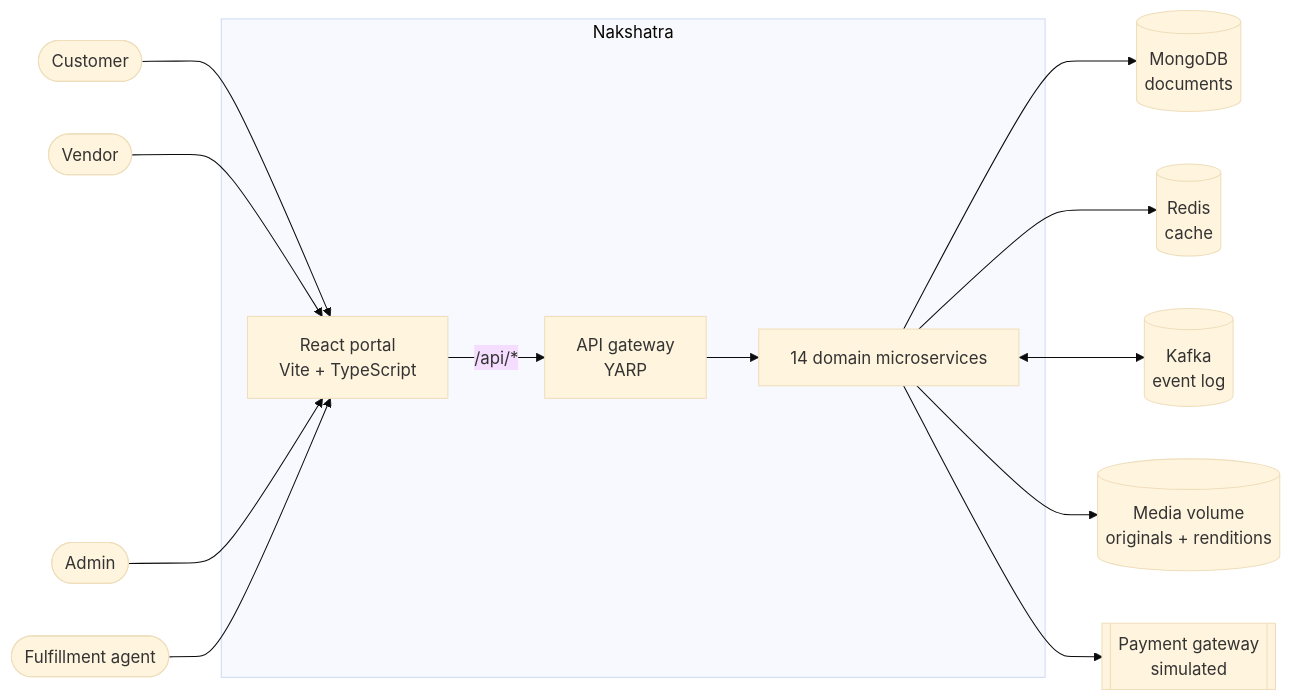
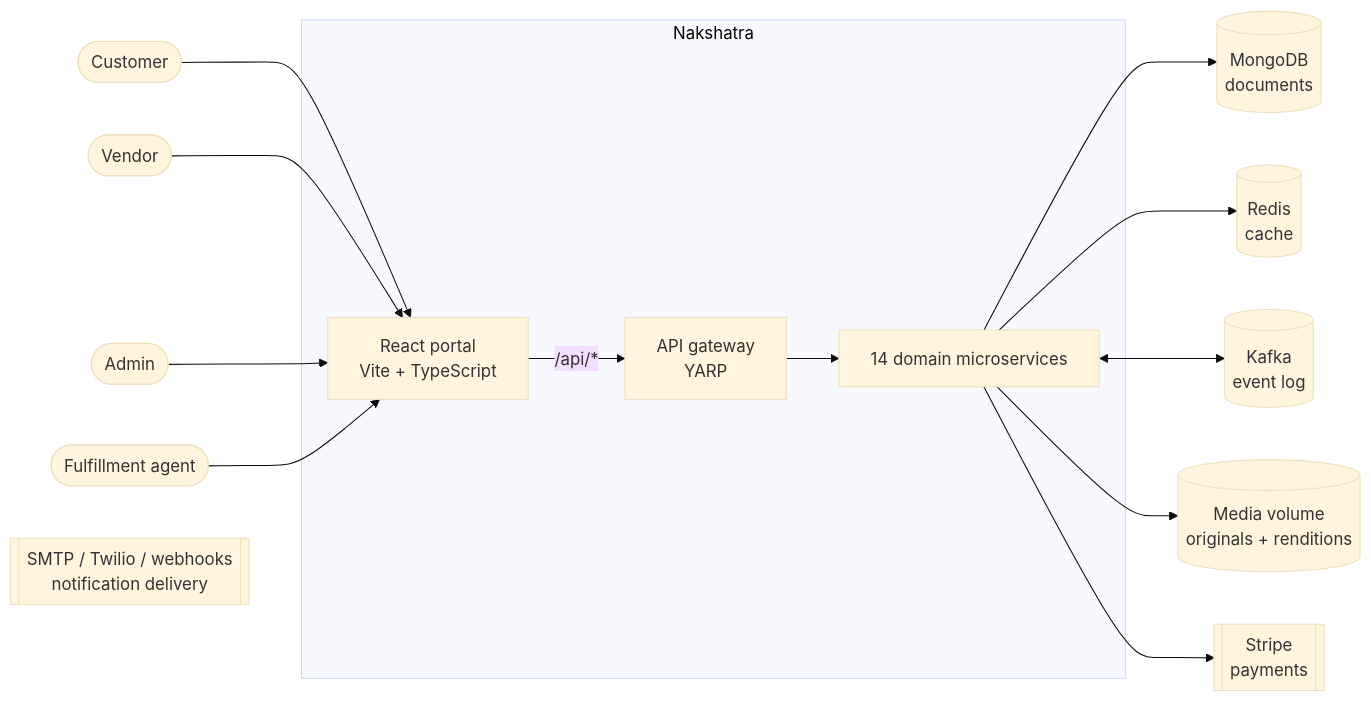
One commit to charles2ke/Nakshatra changed the first of 8 diagrams in docs/architecture.md. Above: the diagram before and after it, drawn with Mermaid (base theme). The commit also changed other lines of this file and 3 other files, not shown here.

````diff
--- a/docs/architecture.md
+++ b/docs/architecture.md
@@ -32,31 +33,32 @@
 ```mermaid
 flowchart LR
     Customer([Customer])
     Vendor([Vendor])
     Admin([Admin])
     Agent([Fulfillment agent])
 
     subgraph Nakshatra
         Portal[React portal<br/>Vite + TypeScript]
         Gateway[API gateway<br/>YARP]
         Services[14 domain microservices]
     end
 
     Mongo[(MongoDB<br/>documents)]
     Redis[(Redis<br/>cache)]
     Kafka[(Kafka<br/>event log)]
     Files[(Media volume<br/>originals + renditions)]
-    PSP[[Payment gateway<br/>simulated]]
+    PSP[[Stripe<br/>payments]]
+    Comms[[SMTP / Twilio / webhooks<br/>notification delivery]]
 
     Customer --> Portal
     Vendor --> Portal
     Admin --> Portal
     Agent --> Portal
     Portal -->|/api/*| Gateway
     Gateway --> Services
     Services --> Mongo
     Services --> Redis
     Services <--> Kafka
     Services --> Files
     Services --> PSP
 ```
````
